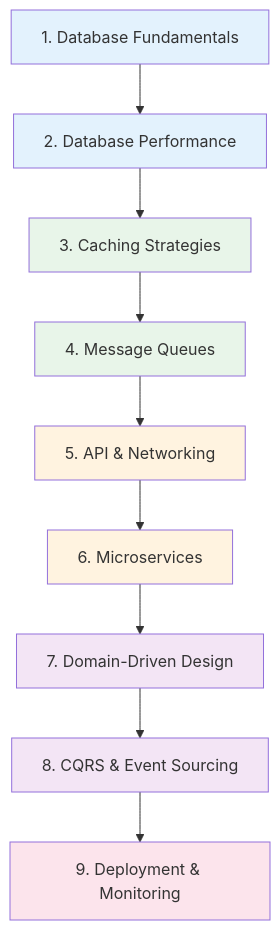
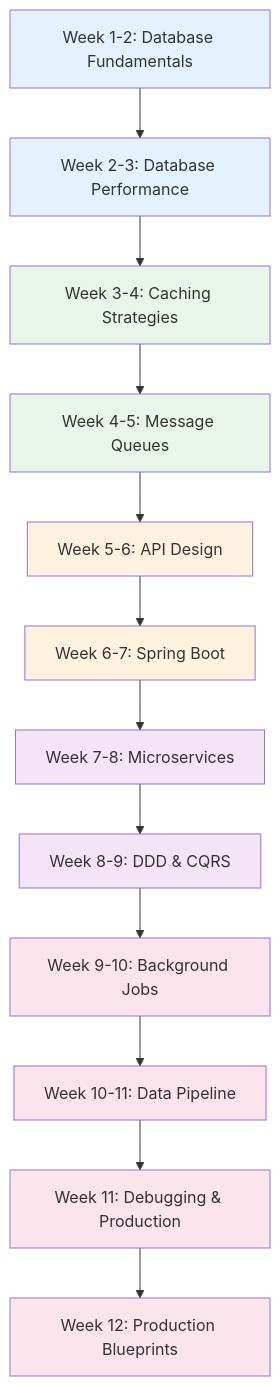
Before and after one commit to ayush-jadaun/knowledge-vault: the diagram in docs/learning-paths/backend-engineer.md, drawn with Mermaid. The commit also changed other lines of this file and 143 other files, not shown here.

````diff
--- a/docs/learning-paths/backend-engineer.md
+++ b/docs/learning-paths/backend-engineer.md
@@ -17,21 +32,27 @@
 ```mermaid
 graph TD
-    S1[1. Database Fundamentals] --> S2[2. Database Performance]
-    S2 --> S3[3. Caching Strategies]
-    S3 --> S4[4. Message Queues]
-    S4 --> S5[5. API & Networking]
-    S5 --> S6[6. Microservices]
-    S6 --> S7[7. Domain-Driven Design]
-    S7 --> S8[8. CQRS & Event Sourcing]
-    S8 --> S9[9. Deployment & Monitoring]
+    S1["Week 1-2: Database Fundamentals"] --> S2["Week 2-3: Database Performance"]
+    S2 --> S3["Week 3-4: Caching Strategies"]
+    S3 --> S4["Week 4-5: Message Queues"]
+    S4 --> S5["Week 5-6: API Design"]
+    S5 --> S6["Week 6-7: Spring Boot"]
+    S6 --> S7["Week 7-8: Microservices"]
+    S7 --> S8["Week 8-9: DDD & CQRS"]
+    S8 --> S9["Week 9-10: Background Jobs"]
+    S9 --> S10["Week 10-11: Data Pipeline"]
+    S10 --> S11["Week 11: Debugging & Production"]
+    S11 --> S12["Week 12: Production Blueprints"]
 
     style S1 fill:#e3f2fd
     style S2 fill:#e3f2fd
     style S3 fill:#e8f5e9
     style S4 fill:#e8f5e9
     style S5 fill:#fff3e0
     style S6 fill:#fff3e0
     style S7 fill:#f3e5f5
     style S8 fill:#f3e5f5
     style S9 fill:#fce4ec
+    style S10 fill:#fce4ec
+    style S11 fill:#fce4ec
+    style S12 fill:#fce4ec
 ```
````
